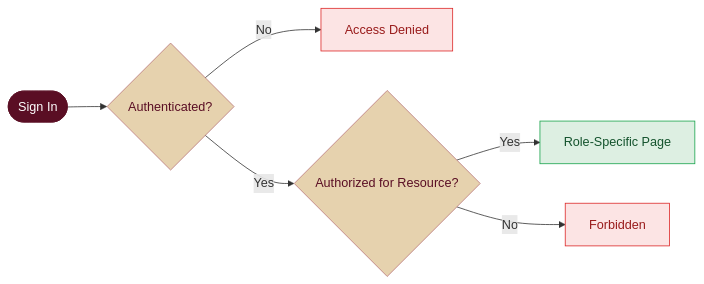
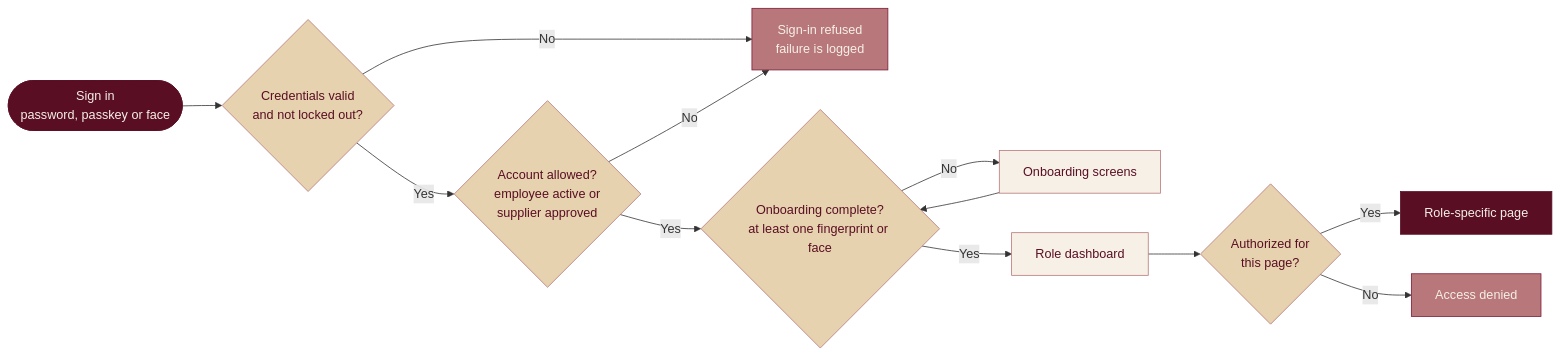
Before and after one commit to Supply-Tender-Team/Cosmetics-Management-System: the fifth of 5 diagrams in README.md, drawn with Mermaid. The commit also changed other lines of this file, not shown here.

````diff
--- a/README.md
+++ b/README.md
@@ -197,16 +303,20 @@
 ```mermaid
 flowchart LR
-    A(["Sign In"]) --> B{"Authenticated?"}
-    B -->|No| C["Access Denied"]
-    B -->|Yes| D{"Authorized for Resource?"}
-    D -->|Yes| E["Role-Specific Page"]
-    D -->|No| F["Forbidden"]
-    classDef main fill:#5A0E24,color:#fff,stroke:#5A0E24
-    classDef decision fill:#E6D2AE,color:#5A0E24,stroke:#B8777A
-    classDef good fill:#DDEFE2,color:#14532D,stroke:#16A34A
-    classDef bad fill:#FCE4E4,color:#991B1B,stroke:#DC2626
-    class A main
-    class B,D decision
-    class E good
-    class C,F bad
+    A(["Sign in<br/>password, passkey or face"]):::brand --> B{"Credentials valid<br/>and not locked out?"}:::decision
+    B -- No --> C["Sign-in refused<br/>failure is logged"]:::bad
+    B -- Yes --> D{"Account allowed?<br/>employee active or<br/>supplier approved"}:::decision
+    D -- No --> C
+    D -- Yes --> E{"Onboarding complete?<br/>at least one fingerprint or face"}:::decision
+    E -- No --> F["Onboarding screens"]:::process
+    F --> E
+    E -- Yes --> G["Role dashboard"]:::process
+    G --> H{"Authorized for<br/>this page?"}:::decision
+    H -- Yes --> I["Role-specific page"]:::good
+    H -- No --> J["Access denied"]:::bad
+
+    classDef brand fill:#5A0E24,stroke:#5A0E24,color:#F6F0E6
+    classDef decision fill:#E6D2AE,stroke:#B8777A,color:#5A0E24
+    classDef process fill:#F6F0E6,stroke:#B8777A,color:#5A0E24
+    classDef good fill:#5A0E24,stroke:#5A0E24,color:#F6F0E6
+    classDef bad fill:#B8777A,stroke:#7A1A35,color:#F6F0E6
 ```
````
